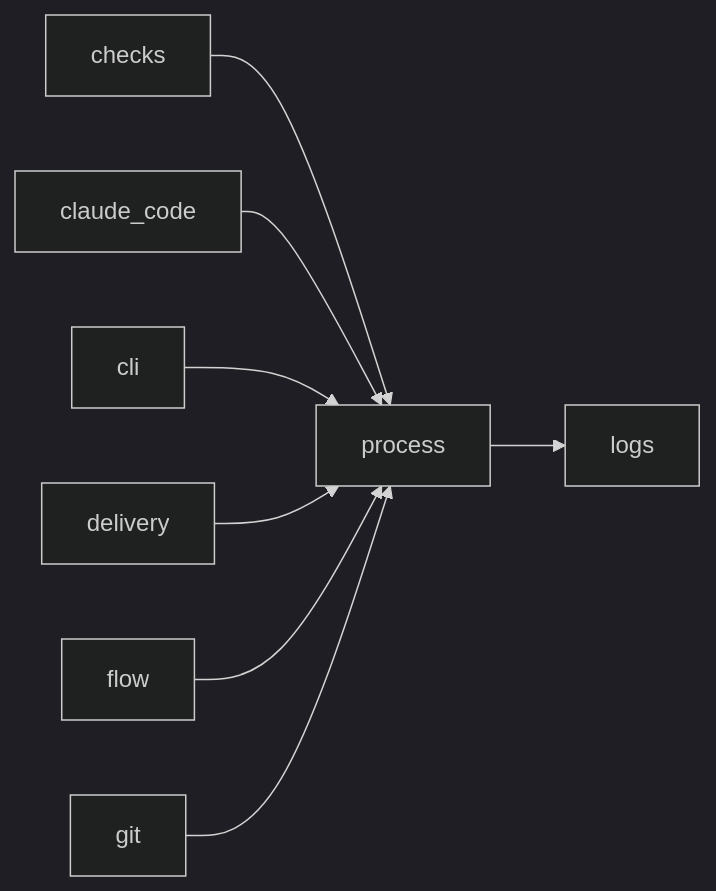
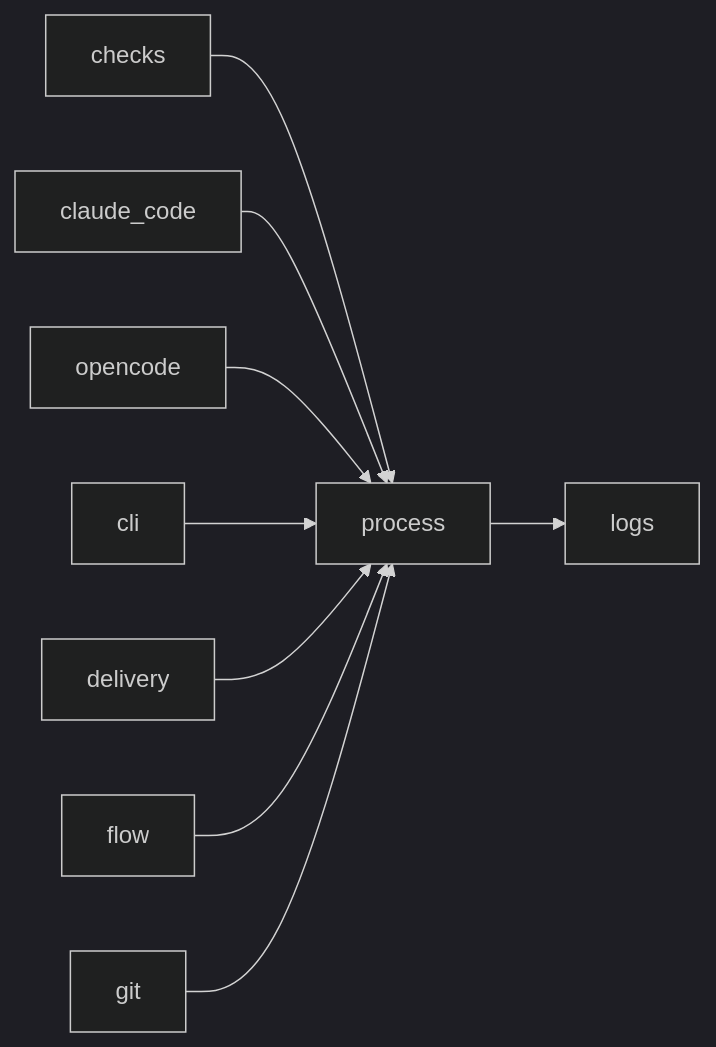
One commit to plaplanche/ariane changed the diagram in docs/architecture/modules/process.md. Above: the diagram before and after it, drawn with Mermaid (dark theme). The commit also changed other lines of this file and 14 other files, not shown here.

````diff
--- a/docs/architecture/modules/process.md
+++ b/docs/architecture/modules/process.md
@@ -17,10 +18,11 @@
 ```mermaid
 flowchart LR
   checks --> process
   claude_code --> process
+  opencode --> process
   cli --> process
   delivery --> process
   flow --> process
   git --> process
   process --> logs
 ```
````
